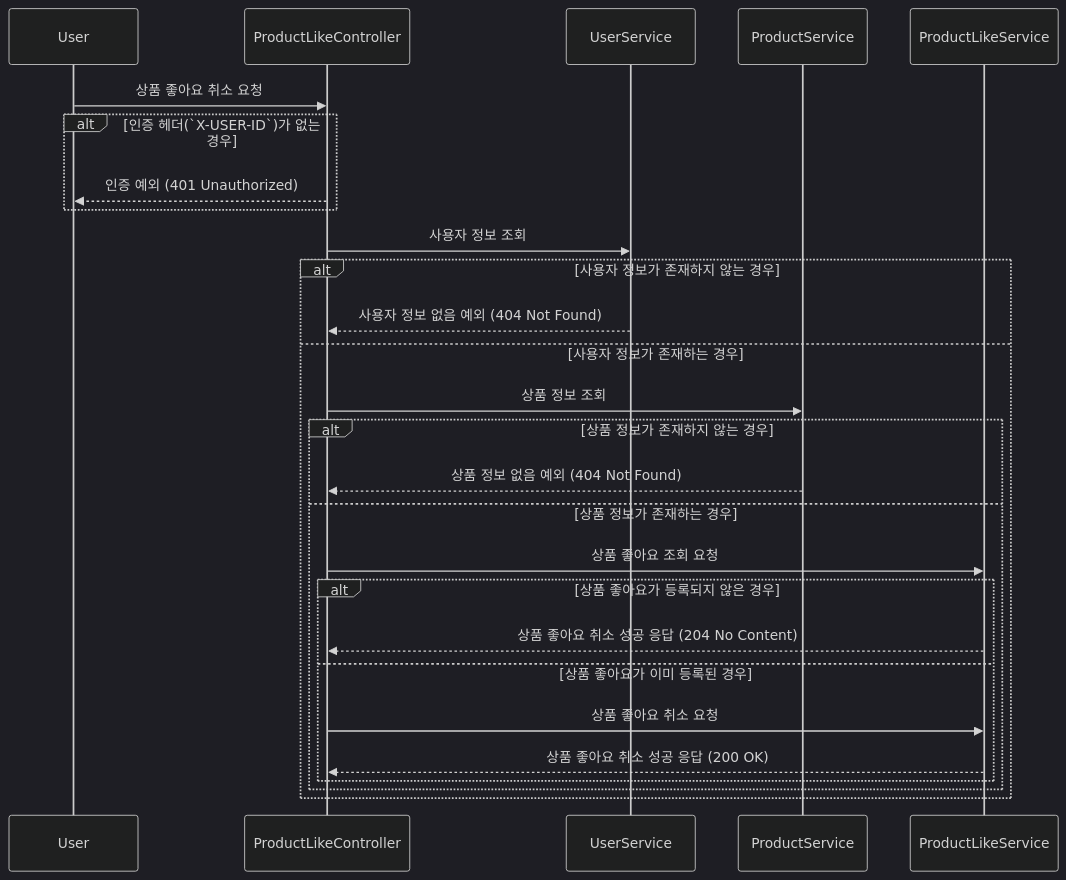
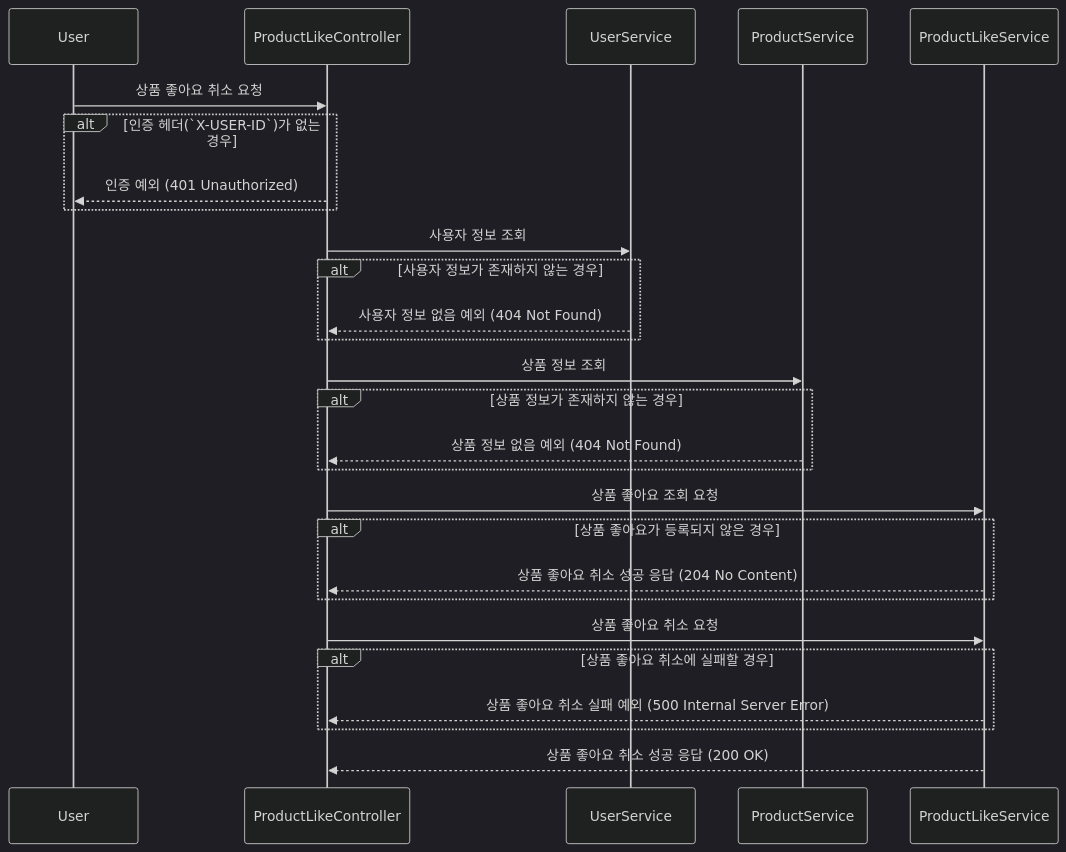
Before and after one commit to kiekk/gamsung-commerce: the second of 3 diagrams in docs/design/02-sequence-diagrams/product-like.md, drawn with Mermaid (dark theme). The commit also changed other lines of this file, not shown here.

First line of the commit message:
docs: 상품 좋아요 시퀀스 다이어그램 수정

````diff
--- a/docs/design/02-sequence-diagrams/product-like.md
+++ b/docs/design/02-sequence-diagrams/product-like.md
@@ -38,30 +37,29 @@
 ```mermaid
 sequenceDiagram
     participant User
     participant ProductLikeController
     participant UserService
     participant ProductService
     participant ProductLikeService
     User ->> ProductLikeController: 상품 좋아요 취소 요청
     alt 인증 헤더(`X-USER-ID`)가 없는 경우
         ProductLikeController -->> User: 인증 예외 (401 Unauthorized)
     end
-    
     ProductLikeController ->> UserService: 사용자 정보 조회
     alt 사용자 정보가 존재하지 않는 경우
         UserService -->> ProductLikeController: 사용자 정보 없음 예외 (404 Not Found)
-    else 사용자 정보가 존재하는 경우
-        ProductLikeController ->> ProductService: 상품 정보 조회
-        alt 상품 정보가 존재하지 않는 경우
-            ProductService -->> ProductLikeController: 상품 정보 없음 예외 (404 Not Found)
-        else 상품 정보가 존재하는 경우
-            ProductLikeController ->> ProductLikeService: 상품 좋아요 조회 요청
-            alt 상품 좋아요가 등록되지 않은 경우
-                ProductLikeService -->> ProductLikeController: 상품 좋아요 취소 성공 응답 (204 No Content)
-            else 상품 좋아요가 이미 등록된 경우
-                ProductLikeController ->> ProductLikeService: 상품 좋아요 취소 요청
-                ProductLikeService -->> ProductLikeController: 상품 좋아요 취소 성공 응답 (200 OK)
-            end
-        end
     end
+    ProductLikeController ->> ProductService: 상품 정보 조회
+    alt 상품 정보가 존재하지 않는 경우
+        ProductService -->> ProductLikeController: 상품 정보 없음 예외 (404 Not Found)
+    end
+    ProductLikeController ->> ProductLikeService: 상품 좋아요 조회 요청
+    alt 상품 좋아요가 등록되지 않은 경우
+        ProductLikeService -->> ProductLikeController: 상품 좋아요 취소 성공 응답 (204 No Content)
+    end
+    ProductLikeController ->> ProductLikeService: 상품 좋아요 취소 요청
+    alt 상품 좋아요 취소에 실패할 경우
+        ProductLikeService -->> ProductLikeController: 상품 좋아요 취소 실패 예외 (500 Internal Server Error)
+    end
+    ProductLikeService -->> ProductLikeController: 상품 좋아요 취소 성공 응답 (200 OK)
 ```
````
